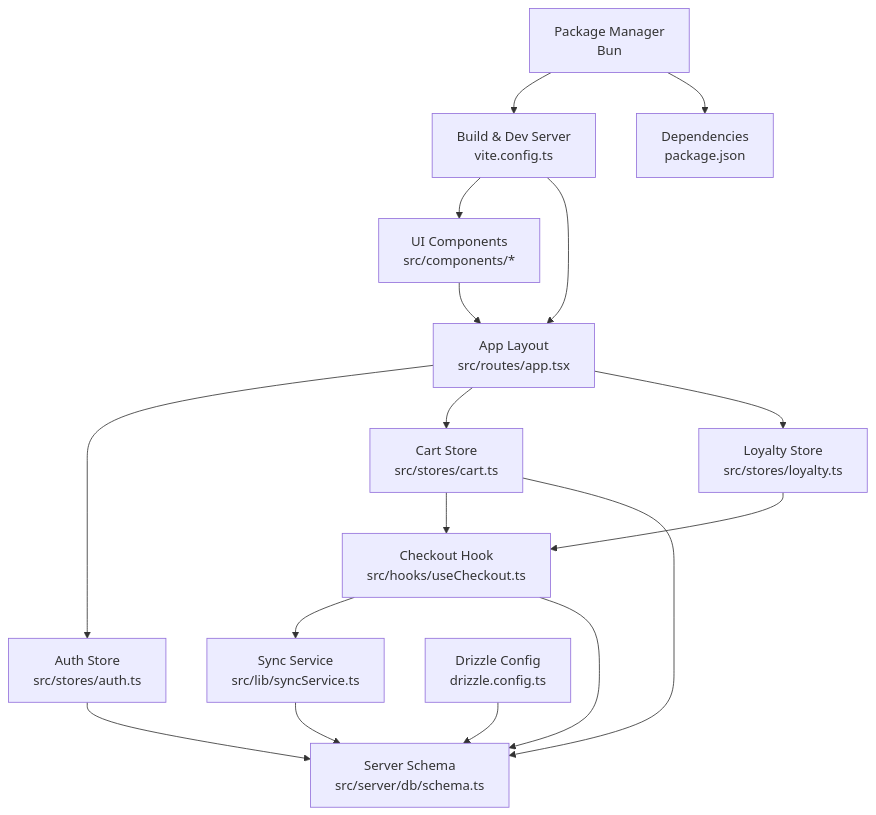
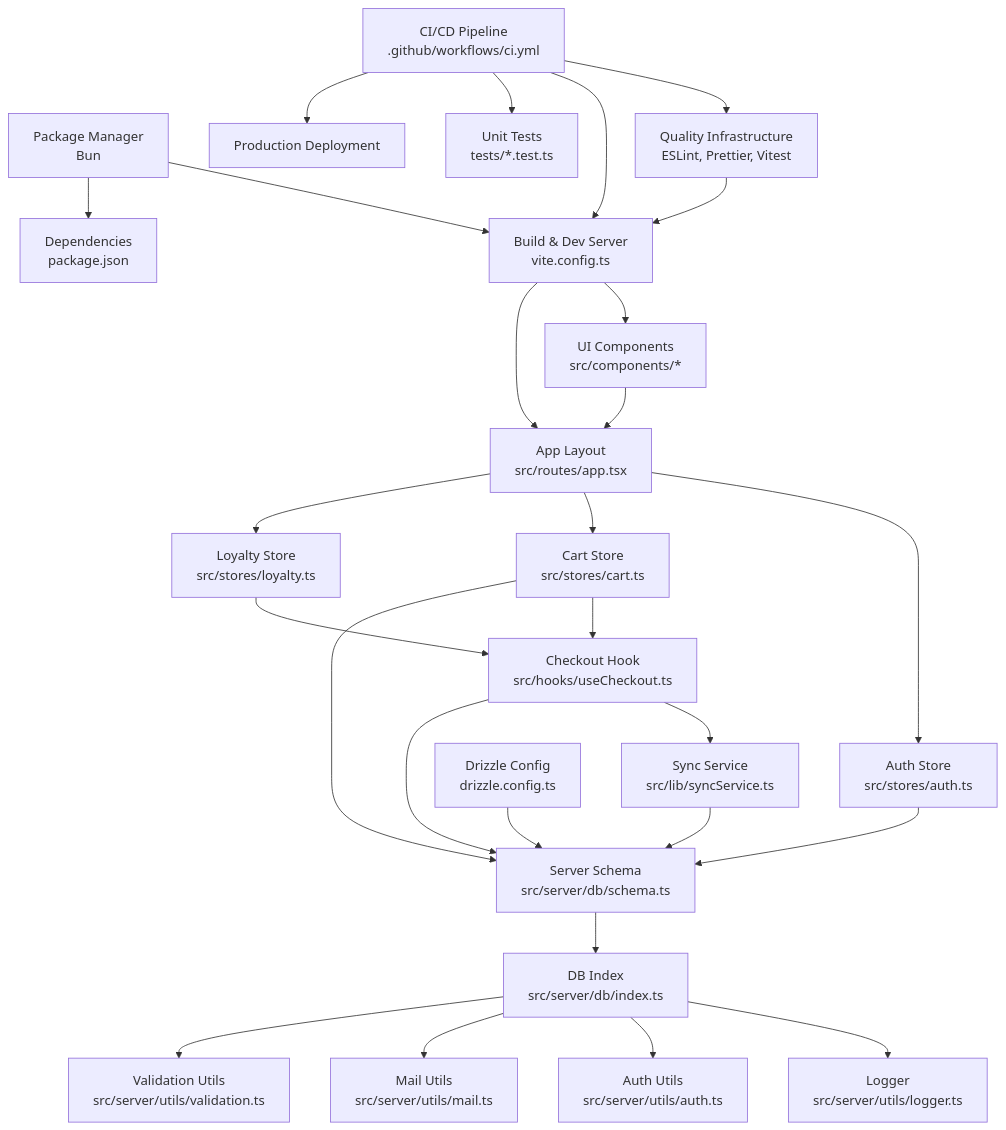
Before and after one commit to riod94/ngepos: the second of 13 diagrams in .qoder/repowiki/en/content/Development Guidelines/Development Guidelines.md, drawn with Mermaid. The commit also changed other lines of this file and 18 other files, not shown here.

````diff
--- a/.qoder/repowiki/en/content/Development Guidelines/Development Guidelines.md
+++ b/.qoder/repowiki/en/content/Development Guidelines/Development Guidelines.md
@@ -197,19 +277,29 @@
 ```mermaid
 graph TB
 UI["UI Components<br/>src/components/*"] --> Layout["App Layout<br/>src/routes/app.tsx"]
 Layout --> AuthStore["Auth Store<br/>src/stores/auth.ts"]
 Layout --> CartStore["Cart Store<br/>src/stores/cart.ts"]
 Layout --> LoyaltyStore["Loyalty Store<br/>src/stores/loyalty.ts"]
 CartStore --> CheckoutHook["Checkout Hook<br/>src/hooks/useCheckout.ts"]
 LoyaltyStore --> CheckoutHook
 CheckoutHook --> SyncService["Sync Service<br/>src/lib/syncService.ts"]
 SyncService --> ServerSchema["Server Schema<br/>src/server/db/schema.ts"]
 AuthStore --> ServerSchema
 CartStore --> ServerSchema
 CheckoutHook --> ServerSchema
+ServerSchema --> DBIndex["DB Index<br/>src/server/db/index.ts"]
+DBIndex --> Logger["Logger<br/>src/server/utils/logger.ts"]
+DBIndex --> AuthUtils["Auth Utils<br/>src/server/utils/auth.ts"]
+DBIndex --> MailUtils["Mail Utils<br/>src/server/utils/mail.ts"]
+DBIndex --> ValidUtils["Validation Utils<br/>src/server/utils/validation.ts"]
 Build["Build & Dev Server<br/>vite.config.ts"] --> UI
 Build --> Layout
 Migrations["Drizzle Config<br/>drizzle.config.ts"] --> ServerSchema
 PackageMgr["Package Manager<br/>Bun"] --> Build
 PackageMgr --> Dependencies["Dependencies<br/>package.json"]
+Quality["Quality Infrastructure<br/>ESLint, Prettier, Vitest"] --> Build
+CI["CI/CD Pipeline<br/>.github/workflows/ci.yml"] --> Quality
+CI --> Build
+CI --> Tests["Unit Tests<br/>tests/*.test.ts"]
+CI --> Deploy["Production Deployment"]
 ```
````
